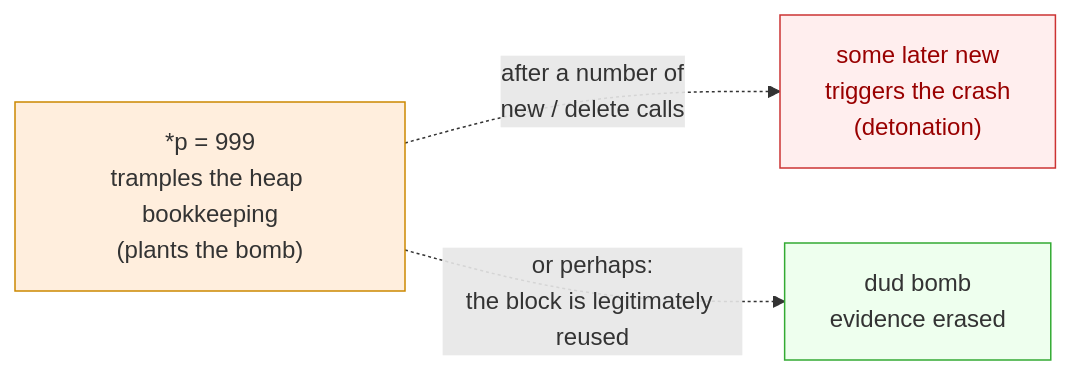
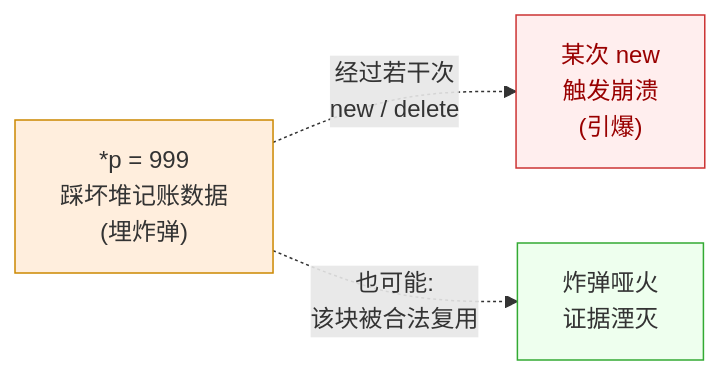
One commit to Awesome-Embedded-Learning-Studio/Tutorial_AwesomeModernCPP changed the second of 2 diagrams in documents/en/crash-lab/a-memory-safety/02-use-after-free.md. Above: the diagram before and after it, drawn with Mermaid. The commit also changed other lines of this file and 749 other files, not shown here.

````diff
--- a/documents/en/crash-lab/a-memory-safety/02-use-after-free.md
+++ b/documents/en/crash-lab/a-memory-safety/02-use-after-free.md
@@ -106,8 +106,8 @@
 ```mermaid
 graph LR
-  A["*p = 999<br/>tramples the heap bookkeeping<br/>(plants the bomb)"] -. after a number of<br/>new / delete calls .-> B["some later new<br/>triggers the crash<br/>(detonation)"]
-  A -. or perhaps:<br/>the block is legitimately reused .-> C["dud bomb<br/>evidence erased"]
+  A["*p = 999<br/>踩坏堆记账数据<br/>(埋炸弹)"] -. 经过若干次<br/>new / delete .-> B["某次 new<br/>触发崩溃<br/>(引爆)"]
+  A -. 也可能:<br/>该块被合法复用 .-> C["炸弹哑火<br/>证据湮灭"]
   style A fill:#fed,stroke:#c80
   style B fill:#fee,stroke:#c33,color:#900
   style C fill:#efe,stroke:#3a3
 ```
````
